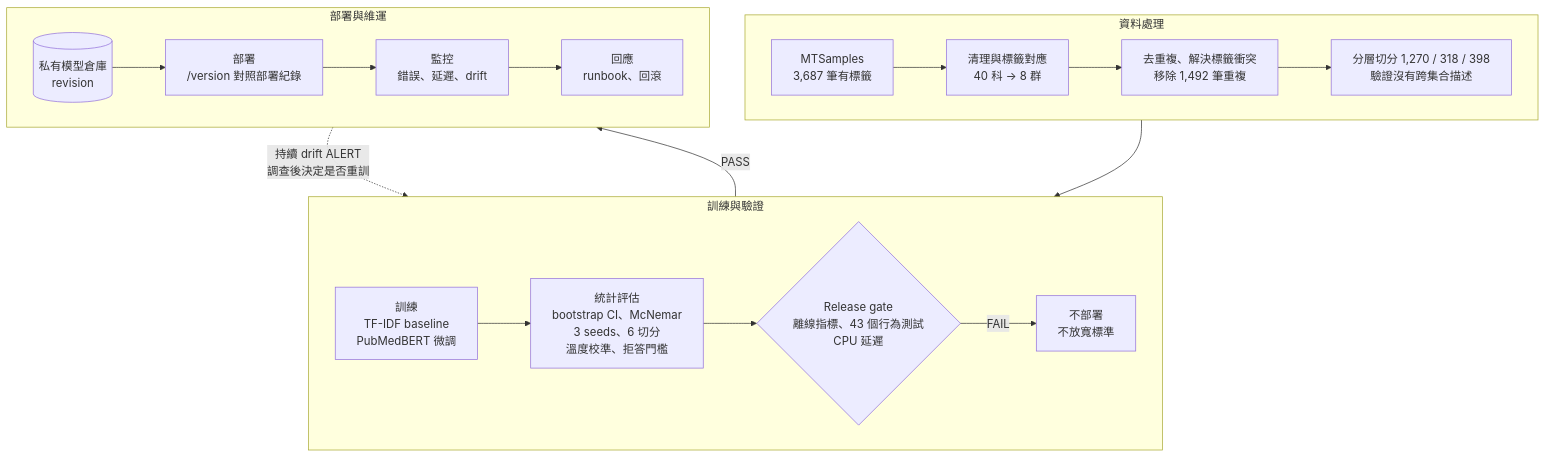
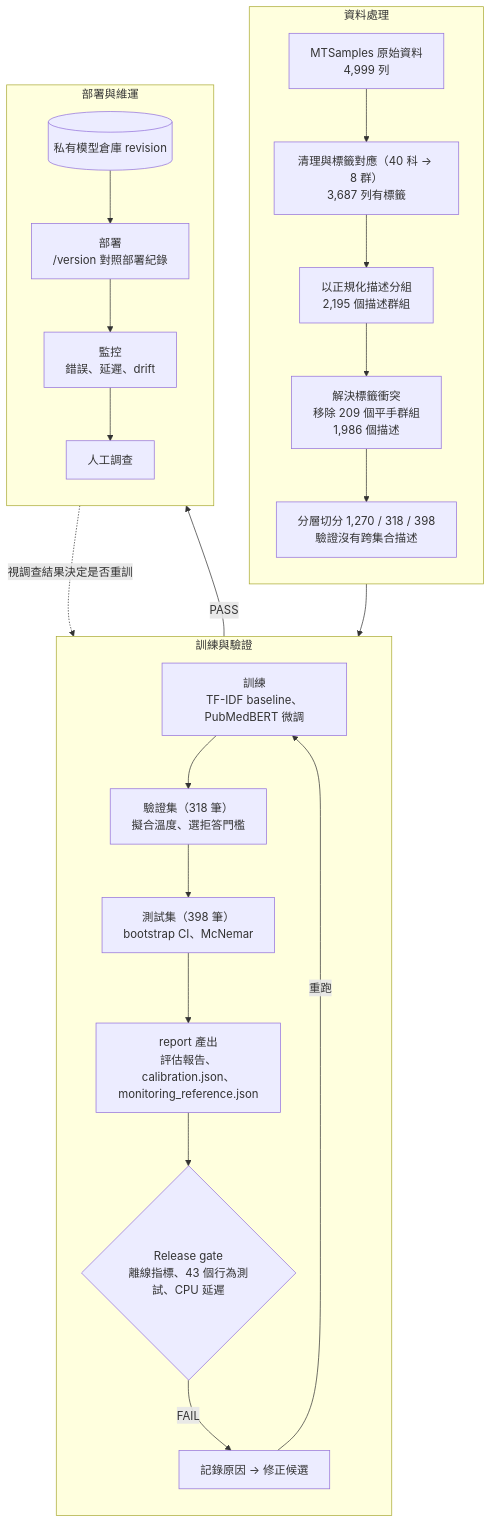
One commit to show20130831/Medical-Specialty-Triage-System changed the diagram in docs/diagrams/src/3-model-lifecycle.mmd. Above: the diagram before and after it, drawn with Mermaid. The commit also changed 8 other files, not shown here.

```diff
--- a/docs/diagrams/src/3-model-lifecycle.mmd
+++ b/docs/diagrams/src/3-model-lifecycle.mmd
@@ -1,21 +1,28 @@
 flowchart TB
     subgraph data["資料處理"]
-        direction LR
-        raw["MTSamples<br/>3,687 筆有標籤"] --> clean["清理與標籤對應<br/>40 科 → 8 群"]
-        clean --> dedup["去重複、解決標籤衝突<br/>移除 1,492 筆重複"]
-        dedup --> split["分層切分 1,270 / 318 / 398<br/>驗證沒有跨集合描述"]
+        direction TB
+        raw["MTSamples 原始資料<br/>4,999 列"] --> clean["清理與標籤對應（40 科 → 8 群）<br/>3,687 列有標籤"]
+        clean --> group["以正規化描述分組<br/>2,195 個描述群組"]
+        group --> conflict["解決標籤衝突<br/>移除 209 個平手群組<br/>1,986 個描述"]
+        conflict --> split["分層切分 1,270 / 318 / 398<br/>驗證沒有跨集合描述"]
     end
     subgraph model["訓練與驗證"]
-        direction LR
-        train["訓練<br/>TF-IDF baseline<br/>PubMedBERT 微調"] --> eval["統計評估<br/>bootstrap CI、McNemar<br/>3 seeds、6 切分<br/>溫度校準、拒答門檻"]
-        eval --> gate{"Release gate<br/>離線指標、43 個行為測試<br/>CPU 延遲"}
-        gate -- "FAIL" --> stop["不部署<br/>不放寬標準"]
+        direction TB
+        train["訓練<br/>TF-IDF baseline、PubMedBERT 微調"]
+        fitval["驗證集（318 筆）<br/>擬合溫度、選拒答門檻"]
+        evaltest["測試集（398 筆）<br/>bootstrap CI、McNemar"]
+        report["report 產出<br/>評估報告、calibration.json、<br/>monitoring_reference.json"]
+        gate{"Release gate<br/>離線指標、43 個行為測試、CPU 延遲"}
+        fix["記錄原因 → 修正候選"]
+        train --> fitval --> evaltest --> report --> gate
+        gate -- "FAIL" --> fix -- "重跑" --> train
     end
     subgraph ops["部署與維運"]
-        direction LR
-        archive[("私有模型倉庫<br/>revision")] --> deploy["部署<br/>/version 對照部署紀錄"]
-        deploy --> monitor["監控<br/>錯誤、延遲、drift"] --> respond["回應<br/>runbook、回滾"]
+        direction TB
+        archive[("私有模型倉庫 revision")] --> deploy["部署<br/>/version 對照部署紀錄"]
+        deploy --> monitor["監控<br/>錯誤、延遲、drift"]
+        monitor --> investigate["人工調查"]
     end
     split --> train
     gate -- "PASS" --> archive
-    respond -. "持續 drift ALERT<br/>調查後決定是否重訓" .-> train
+    investigate -. "視調查結果決定是否重訓" .-> train
```
